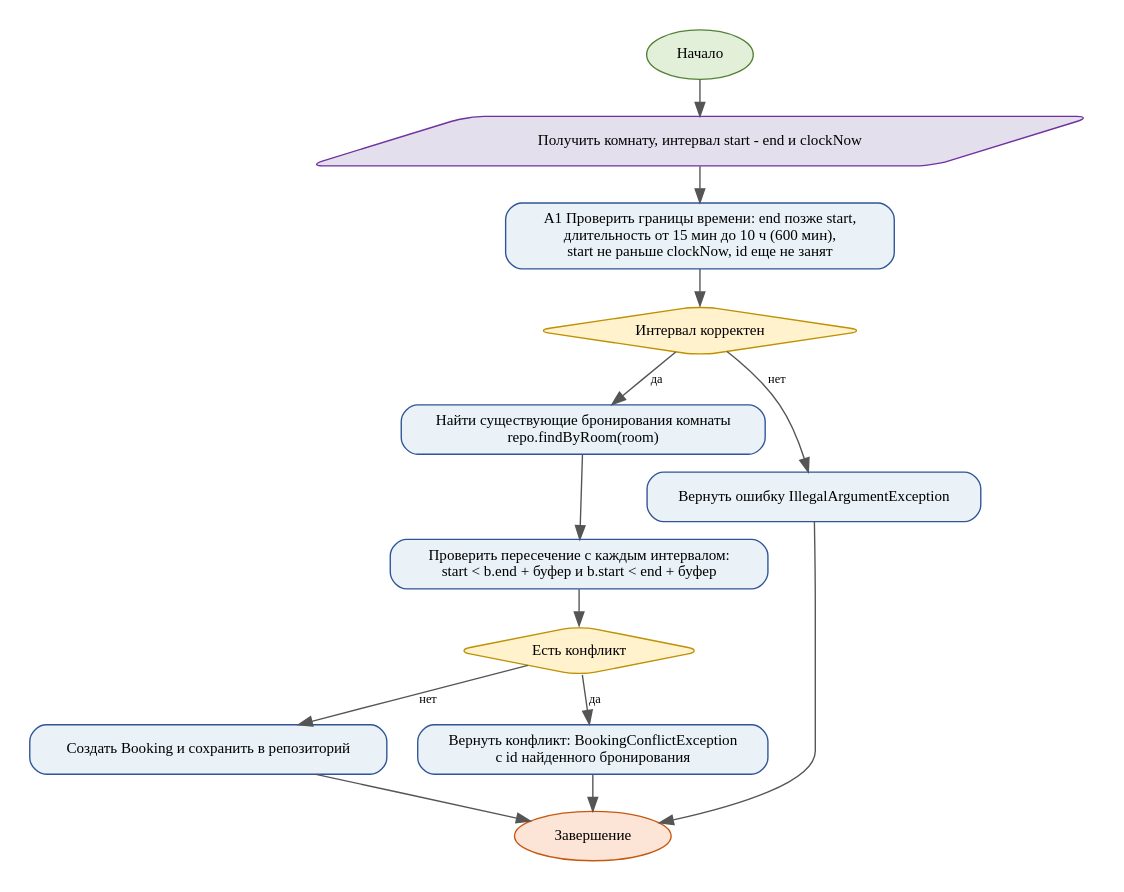
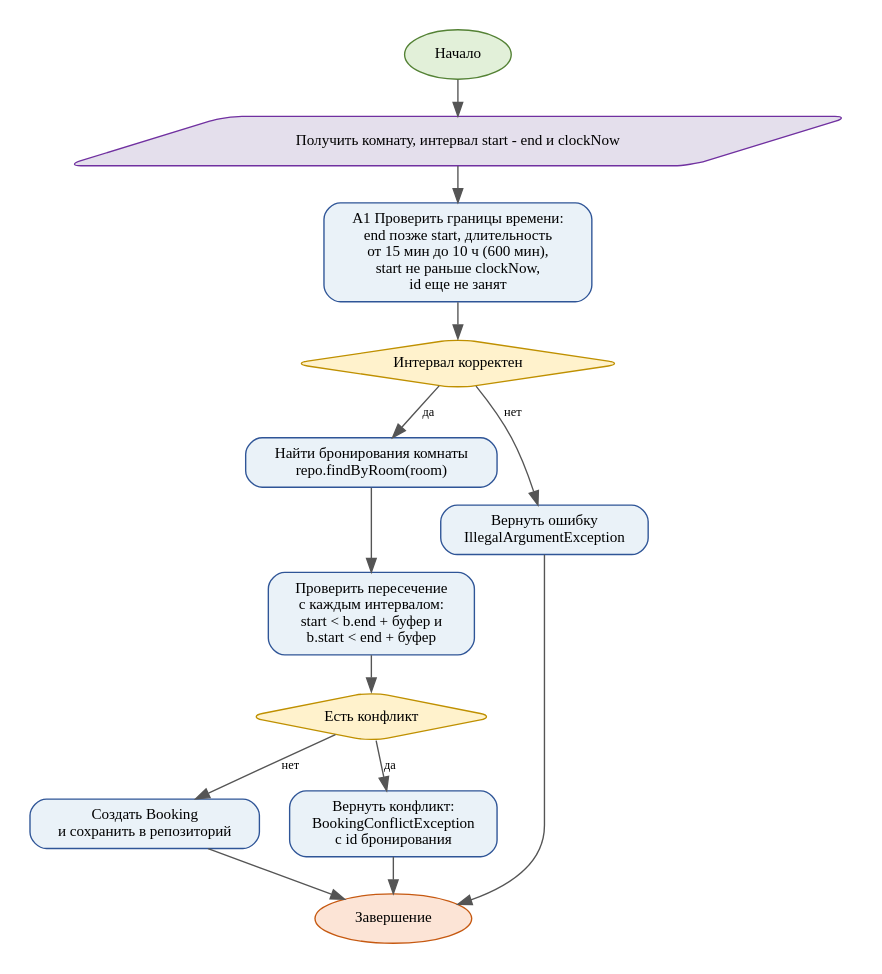
The diagram in diagrams/activity.dot (svpeditor/pr13-klimashevskiy-da), drawn with Graphviz before and after one commit. The commit also changed 2 other files, not shown here.

Commit message:
Диаграмма activity: короче подписи, отчет обновлен

```diff
--- a/diagrams/activity.dot
+++ b/diagrams/activity.dot
@@ -1,28 +1,28 @@
 digraph G {
 graph [rankdir=TB, bgcolor="white", pad=0.2, nodesep=0.3, ranksep=0.35];
 node [shape=box, style="rounded,filled", fontname="Times New Roman", fontsize=11, color="#2F5597", fillcolor="#EAF2F8", margin="0.12,0.08"];
 edge [fontname="Times New Roman", fontsize=9, color="#555555"];
 start [label="Начало", shape=oval, fillcolor="#E2F0D9", color="#548235"];
 end [label="Завершение", shape=oval, fillcolor="#FCE4D6", color="#C65911"];
 n1 [label="Получить комнату, интервал start - end и clockNow" ,shape=parallelogram,fillcolor="#E4DFEC",color="#7030A0"];
-n2 [label="A1 Проверить границы времени: end позже start,\nдлительность от 15 мин до 10 ч (600 мин),\nstart не раньше clockNow, id еще не занят"];
+n2 [label="A1 Проверить границы времени:\nend позже start, длительность\nот 15 мин до 10 ч (600 мин),\nstart не раньше clockNow,\nid еще не занят"];
 n2d [label="Интервал корректен" ,shape=diamond,fillcolor="#FFF2CC",color="#BF9000"];
-n3 [label="Найти существующие бронирования комнаты\nrepo.findByRoom(room)"];
-n4 [label="Проверить пересечение с каждым интервалом:\nstart < b.end + буфер и b.start < end + буфер"];
+n3 [label="Найти бронирования комнаты\nrepo.findByRoom(room)"];
+n4 [label="Проверить пересечение\nс каждым интервалом:\nstart < b.end + буфер и\nb.start < end + буфер"];
 n5 [label="Есть конфликт" ,shape=diamond,fillcolor="#FFF2CC",color="#BF9000"];
-n6 [label="Создать Booking и сохранить в репозиторий"];
-n7 [label="Вернуть конфликт: BookingConflictException\nс id найденного бронирования"];
-n8 [label="Вернуть ошибку IllegalArgumentException"];
+n6 [label="Создать Booking\nи сохранить в репозиторий"];
+n7 [label="Вернуть конфликт:\nBookingConflictException\nс id бронирования"];
+n8 [label="Вернуть ошибку\nIllegalArgumentException"];
 start -> n1;
 n1 -> n2;
 n2 -> n2d;
 n2d -> n3 [label="да"];
 n2d -> n8 [label="нет"];
 n3 -> n4;
 n4 -> n5;
 n5 -> n7 [label="да"];
 n5 -> n6 [label="нет"];
 n6 -> end;
 n7 -> end;
 n8 -> end;
 }
```
